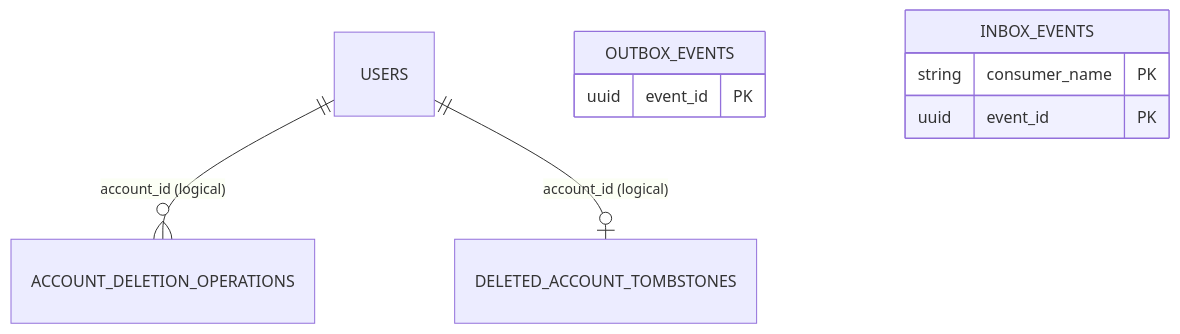
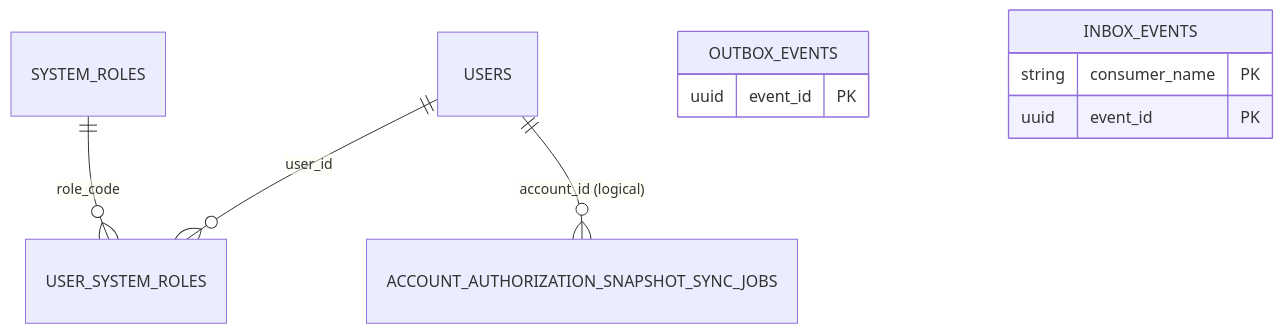
The diagram in services/user-service/docs/database.md (gekok/Dev-Platform), drawn with Mermaid before and after one commit. The commit also changed other lines of this file and 154 other files, not shown here.

````diff
--- a/services/user-service/docs/database.md
+++ b/services/user-service/docs/database.md
@@ -61,12 +66,13 @@
 ```mermaid
 erDiagram
-    USERS ||--o{ ACCOUNT_DELETION_OPERATIONS : "account_id (logical)"
-    USERS ||--o| DELETED_ACCOUNT_TOMBSTONES : "account_id (logical)"
+    USERS ||--o{ USER_SYSTEM_ROLES : "user_id"
+    SYSTEM_ROLES ||--o{ USER_SYSTEM_ROLES : "role_code"
+    USERS ||--o{ ACCOUNT_AUTHORIZATION_SNAPSHOT_SYNC_JOBS : "account_id (logical)"
     OUTBOX_EVENTS {
         uuid event_id PK
     }
     INBOX_EVENTS {
         string consumer_name PK
         uuid event_id PK
     }
 ```
````
